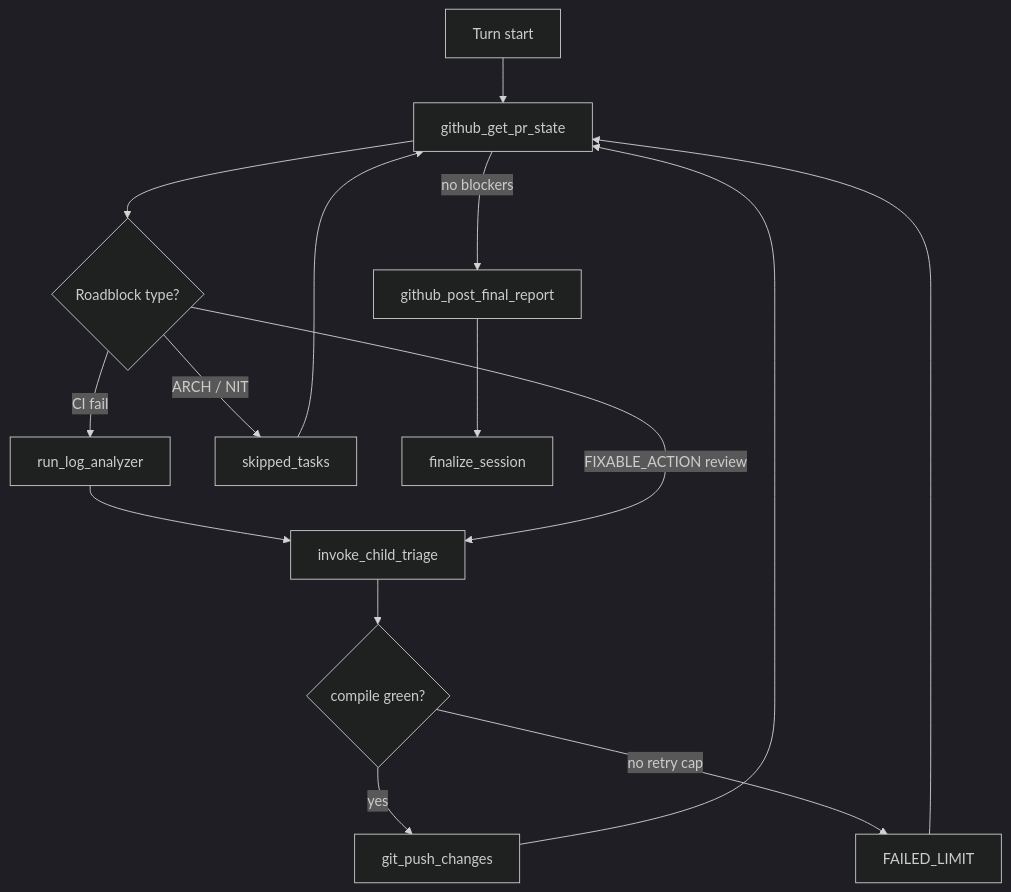
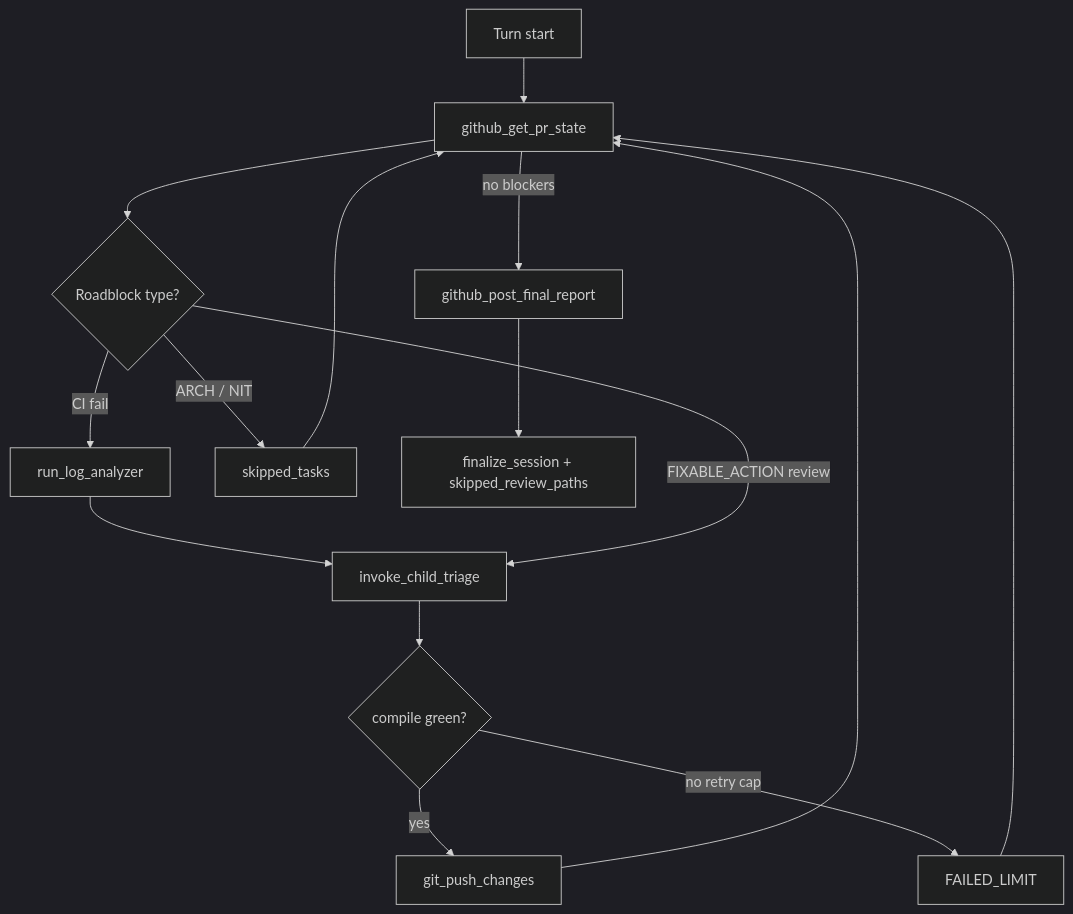
One commit to andrzejwitkowski/mcp-adjutant changed the diagram in .zcode/skills/adjutant-babysitter/SKILL.md. Above: the diagram before and after it, drawn with Mermaid (dark theme). The commit also changed other lines of this file and 10 other files, not shown here.

First line of the commit message:
Harden babysitter finalize_session with CI and review-path gates.

````diff
--- a/.zcode/skills/adjutant-babysitter/SKILL.md
+++ b/.zcode/skills/adjutant-babysitter/SKILL.md
@@ -78,17 +78,17 @@
 ```mermaid
 flowchart TD
   start[Turn start] --> getState[github_get_pr_state]
   getState --> classify{Roadblock type?}
   classify -->|CI fail| logAnalyze[run_log_analyzer]
   logAnalyze --> triageFix[invoke_child_triage]
   classify -->|FIXABLE_ACTION review| triageFix
   classify -->|ARCH / NIT| skip[skipped_tasks]
   triageFix --> localGreen{compile green?}
   localGreen -->|yes| push[git_push_changes]
   localGreen -->|no retry cap| failedLimit[FAILED_LIMIT]
   push --> getState
   skip --> getState
   failedLimit --> getState
   getState -->|no blockers| report[github_post_final_report]
-  report --> finalize[finalize_session]
+  report --> finalize[finalize_session + skipped_review_paths]
 ```
````
